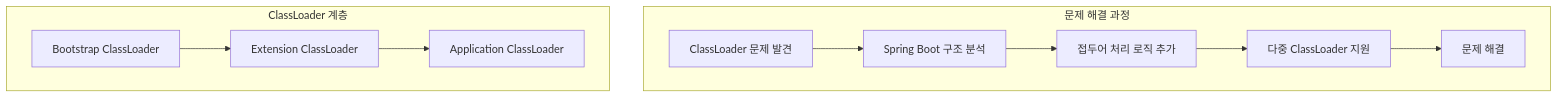
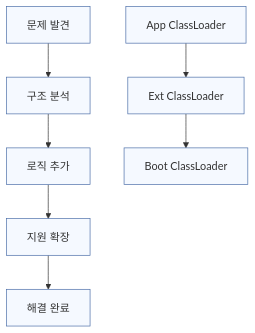
One commit to yeokyeong-yoon/yeokyeong-yoon.github.io changed the sixth of 7 diagrams in _posts/2025-03-15-feature-flag-system.md. Above: the diagram before and after it, drawn with Mermaid. The commit also changed other lines of this file, not shown here.

Commit message:
docs: fix mermaid diagram rendering issues in feature flag system doc - simplify syntax, improve styling and readability

````diff
--- a/_posts/2025-03-15-feature-flag-system.md
+++ b/_posts/2025-03-15-feature-flag-system.md
@@ -778,17 +791,19 @@
 ```mermaid
-flowchart TD
-    subgraph 문제 해결 과정
-        A[ClassLoader 문제 발견] --> B[Spring Boot 구조 분석]
-        B --> C[접두어 처리 로직 추가]
-        C --> D[다중 ClassLoader 지원]
-        D --> E[문제 해결]
-    end
+graph TD
+    A[문제 발견] --> B[구조 분석]
+    B --> C[로직 추가]
+    C --> D[지원 확장]
+    D --> E[해결 완료]
     
-    subgraph ClassLoader 계층
-        F[Application ClassLoader]
-        G[Extension ClassLoader]
-        H[Bootstrap ClassLoader]
-        H --> G
-        G --> F
-    end
+    F[App ClassLoader] --> G[Ext ClassLoader]
+    G --> H[Boot ClassLoader]
+    
+    style A fill:#f5f9ff,stroke:#4a6da7
+    style B fill:#f5f9ff,stroke:#4a6da7
+    style C fill:#f5f9ff,stroke:#4a6da7
+    style D fill:#f5f9ff,stroke:#4a6da7
+    style E fill:#f5f9ff,stroke:#4a6da7
+    style F fill:#f5f9ff,stroke:#4a6da7
+    style G fill:#f5f9ff,stroke:#4a6da7
+    style H fill:#f5f9ff,stroke:#4a6da7
 ```
````
